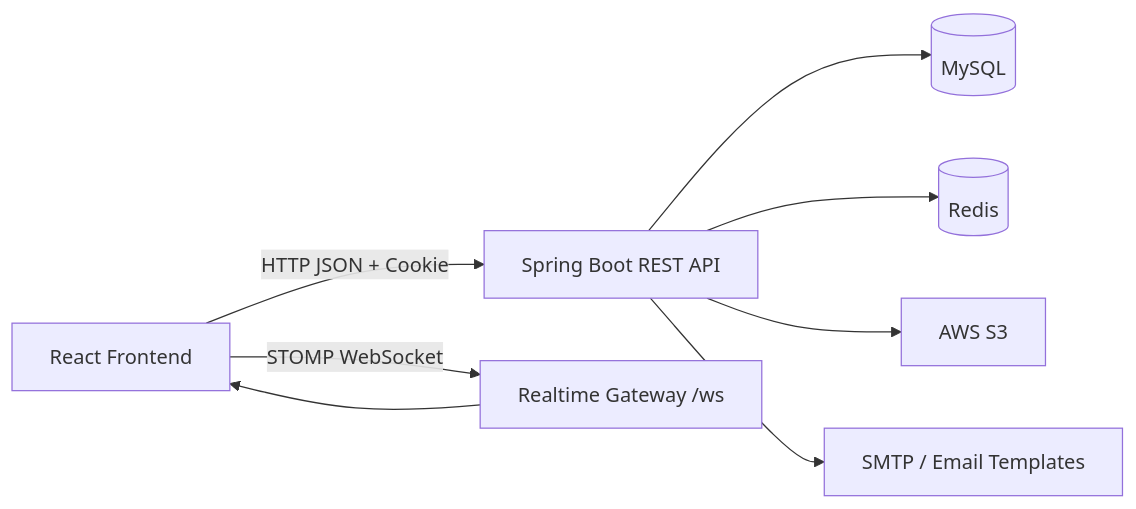
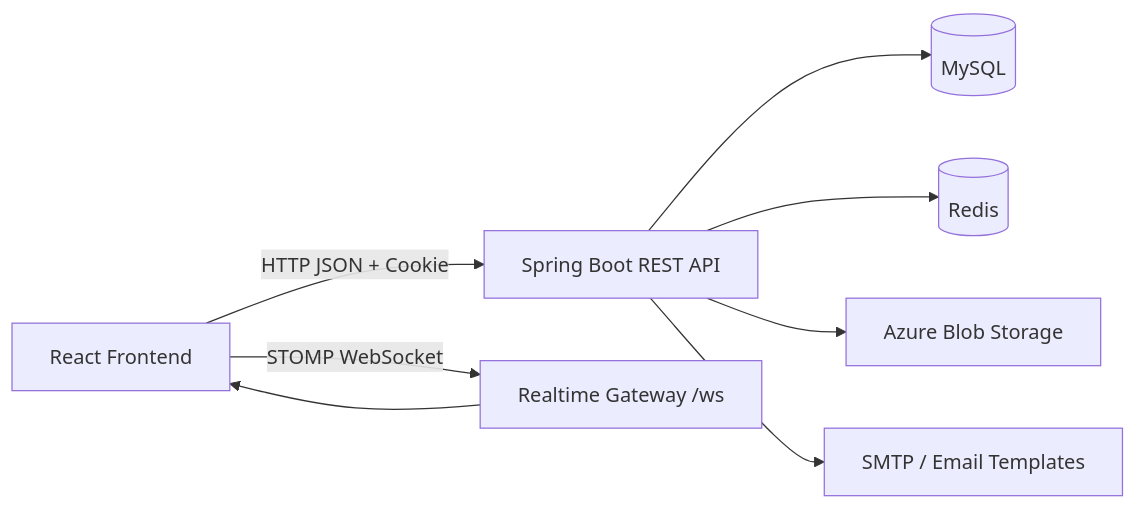
Before and after one commit to thuanfhu/Chronelis-backend-spring-boot: the diagram in docs/04_KIEN_TRUC_HE_THONG_VA_TICH_HOP_FE_BE.md, drawn with Mermaid. The commit also changed other lines of this file and 28 other files, not shown here.

````diff
--- a/docs/04_KIEN_TRUC_HE_THONG_VA_TICH_HOP_FE_BE.md
+++ b/docs/04_KIEN_TRUC_HE_THONG_VA_TICH_HOP_FE_BE.md
@@ -10,10 +10,10 @@
 ```mermaid
 flowchart LR
     A[React Frontend] -->|HTTP JSON + Cookie| B[Spring Boot REST API]
     A -->|STOMP WebSocket| C[Realtime Gateway /ws]
     B --> D[(MySQL)]
     B --> E[(Redis)]
-    B --> F[AWS S3]
+    B --> F[Azure Blob Storage]
     B --> G[SMTP / Email Templates]
     C --> A
 ```
````
